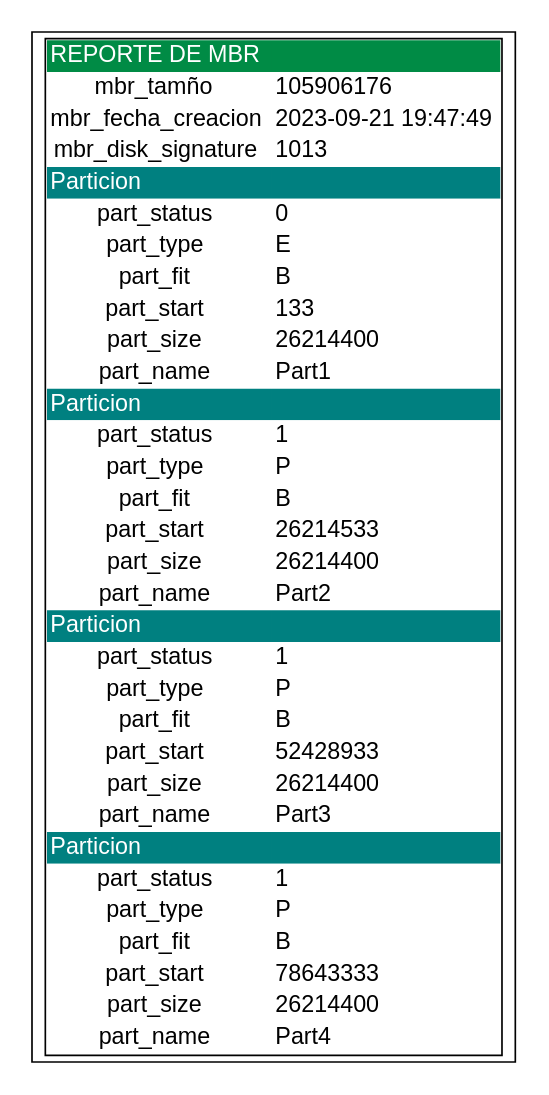
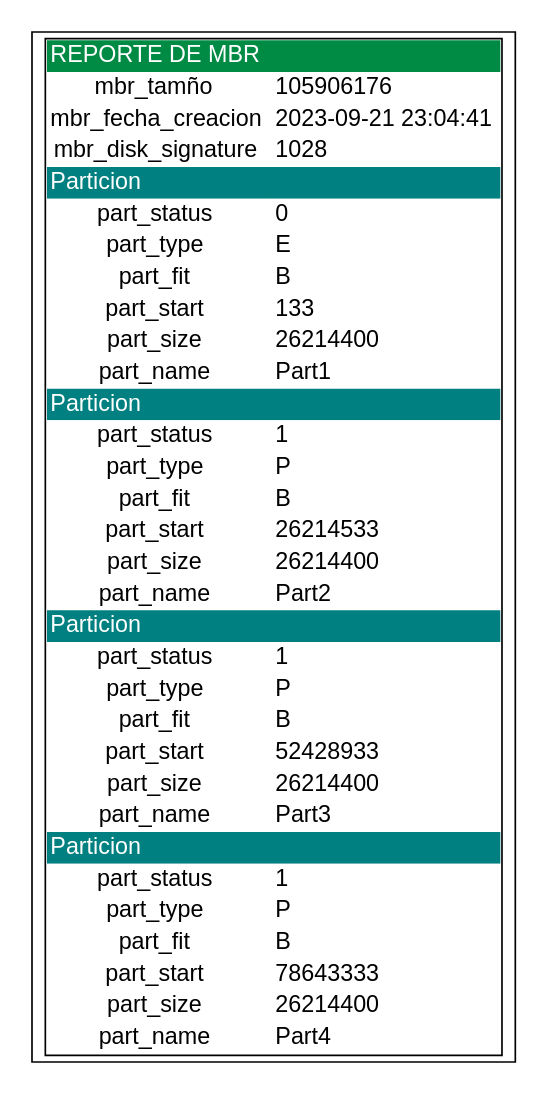
Before and after one commit to luis-tavico/MIA_2SP1_202000562: the diagram in reportes/reporte_mbr.dot, drawn with Graphviz. The commit also changed 1 other file, not shown here.

```diff
--- a/reportes/reporte_mbr.dot
+++ b/reportes/reporte_mbr.dot
@@ -1,136 +1,136 @@
 digraph G {
   subgraph cluster { margin="0.0" penwidth="1.0"
     tbl [shape=none fontname="Arial" label=<
         <table border="1" cellborder="0" cellspacing="0">
         <tr>
             <td bgcolor="springgreen4" align="left"><font color="white"> REPORTE DE MBR </font></td>
             <td bgcolor="springgreen4" align="left"><font color="white"> </font></td>
         </tr>
         <tr>
             <td bgcolor="white" align="center"> mbr_tamño </td>
             <td bgcolor="white" align="left"> 105906176 </td>
         </tr>
         <tr>
             <td bgcolor="white" align="center"> mbr_fecha_creacion </td>
-            <td bgcolor="white" align="left"> 2023-09-21 19:47:49 </td>
+            <td bgcolor="white" align="left"> 2023-09-21 23:04:41 </td>
         </tr>
         <tr>
             <td bgcolor="white" align="center"> mbr_disk_signature </td>
-            <td bgcolor="white" align="left"> 1013 </td>
+            <td bgcolor="white" align="left"> 1028 </td>
         </tr>
         <tr>
             <td bgcolor="teal" align="left"><font color="white"> Particion </font></td>
             <td bgcolor="teal" align="left"><font color="white"> </font></td>
         </tr>
         <tr>
             <td bgcolor="white" align="center"> part_status </td>
             <td bgcolor="white" align="left"> 0 </td>
         </tr>
         <tr>
             <td bgcolor="white" align="center"> part_type </td>
             <td bgcolor="white" align="left"> E </td>
         </tr>
         <tr>
             <td bgcolor="white" align="center"> part_fit </td>
             <td bgcolor="white" align="left"> B </td>
         </tr>
         <tr>
             <td bgcolor="white" align="center"> part_start </td>
             <td bgcolor="white" align="left"> 133 </td>
         </tr>
         <tr>
             <td bgcolor="white" align="center"> part_size </td>
             <td bgcolor="white" align="left"> 26214400 </td>
         </tr>
         <tr>
             <td bgcolor="white" align="center"> part_name </td>
             <td bgcolor="white" align="left"> Part1 </td>
         </tr>
         <tr>
             <td bgcolor="teal" align="left"><font color="white"> Particion </font></td>
             <td bgcolor="teal" align="left"><font color="white"> </font></td>
         </tr>
         <tr>
             <td bgcolor="white" align="center"> part_status </td>
             <td bgcolor="white" align="left"> 1 </td>
         </tr>
         <tr>
             <td bgcolor="white" align="center"> part_type </td>
             <td bgcolor="white" align="left"> P </td>
         </tr>
         <tr>
             <td bgcolor="white" align="center"> part_fit </td>
             <td bgcolor="white" align="left"> B </td>
         </tr>
         <tr>
             <td bgcolor="white" align="center"> part_start </td>
             <td bgcolor="white" align="left"> 26214533 </td>
         </tr>
         <tr>
             <td bgcolor="white" align="center"> part_size </td>
             <td bgcolor="white" align="left"> 26214400 </td>
         </tr>
         <tr>
             <td bgcolor="white" align="center"> part_name </td>
             <td bgcolor="white" align="left"> Part2 </td>
         </tr>
         <tr>
             <td bgcolor="teal" align="left"><font color="white"> Particion </font></td>
             <td bgcolor="teal" align="left"><font color="white"> </font></td>
         </tr>
         <tr>
             <td bgcolor="white" align="center"> part_status </td>
             <td bgcolor="white" align="left"> 1 </td>
         </tr>
         <tr>
             <td bgcolor="white" align="center"> part_type </td>
             <td bgcolor="white" align="left"> P </td>
         </tr>
         <tr>
             <td bgcolor="white" align="center"> part_fit </td>
             <td bgcolor="white" align="left"> B </td>
         </tr>
         <tr>
             <td bgcolor="white" align="center"> part_start </td>
             <td bgcolor="white" align="left"> 52428933 </td>
         </tr>
         <tr>
             <td bgcolor="white" align="center"> part_size </td>
             <td bgcolor="white" align="left"> 26214400 </td>
         </tr>
         <tr>
             <td bgcolor="white" align="center"> part_name </td>
             <td bgcolor="white" align="left"> Part3 </td>
         </tr>
         <tr>
             <td bgcolor="teal" align="left"><font color="white"> Particion </font></td>
             <td bgcolor="teal" align="left"><font color="white"> </font></td>
         </tr>
         <tr>
             <td bgcolor="white" align="center"> part_status </td>
             <td bgcolor="white" align="left"> 1 </td>
         </tr>
         <tr>
             <td bgcolor="white" align="center"> part_type </td>
             <td bgcolor="white" align="left"> P </td>
         </tr>
         <tr>
             <td bgcolor="white" align="center"> part_fit </td>
             <td bgcolor="white" align="left"> B </td>
         </tr>
         <tr>
             <td bgcolor="white" align="center"> part_start </td>
             <td bgcolor="white" align="left"> 78643333 </td>
         </tr>
         <tr>
             <td bgcolor="white" align="center"> part_size </td>
             <td bgcolor="white" align="left"> 26214400 </td>
         </tr>
         <tr>
             <td bgcolor="white" align="center"> part_name </td>
             <td bgcolor="white" align="left"> Part4 </td>
         </tr>
         </table>
     >];
   }
 }
```
